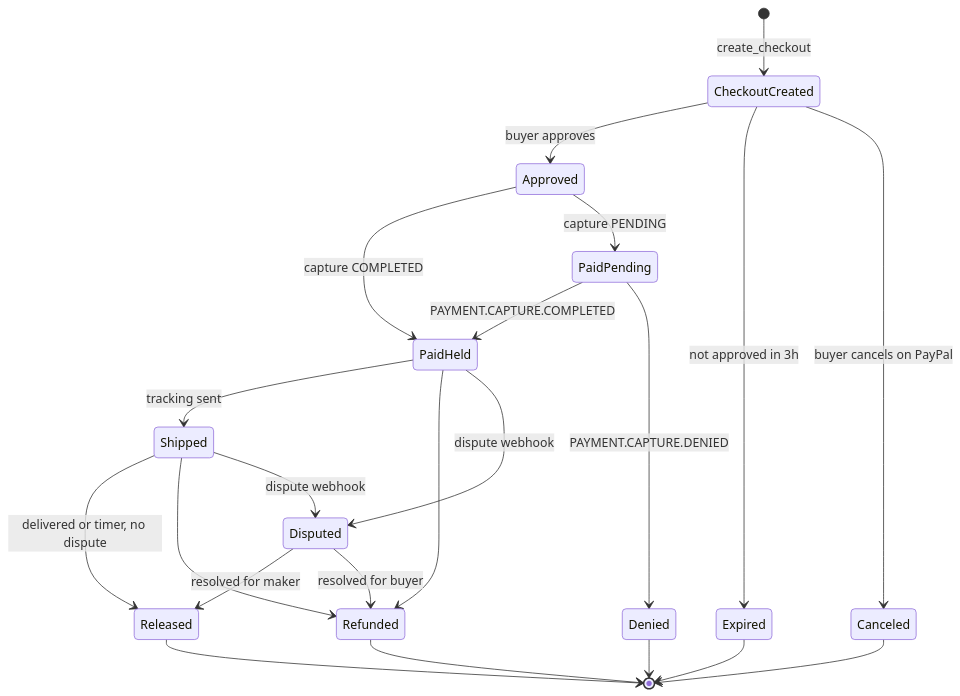
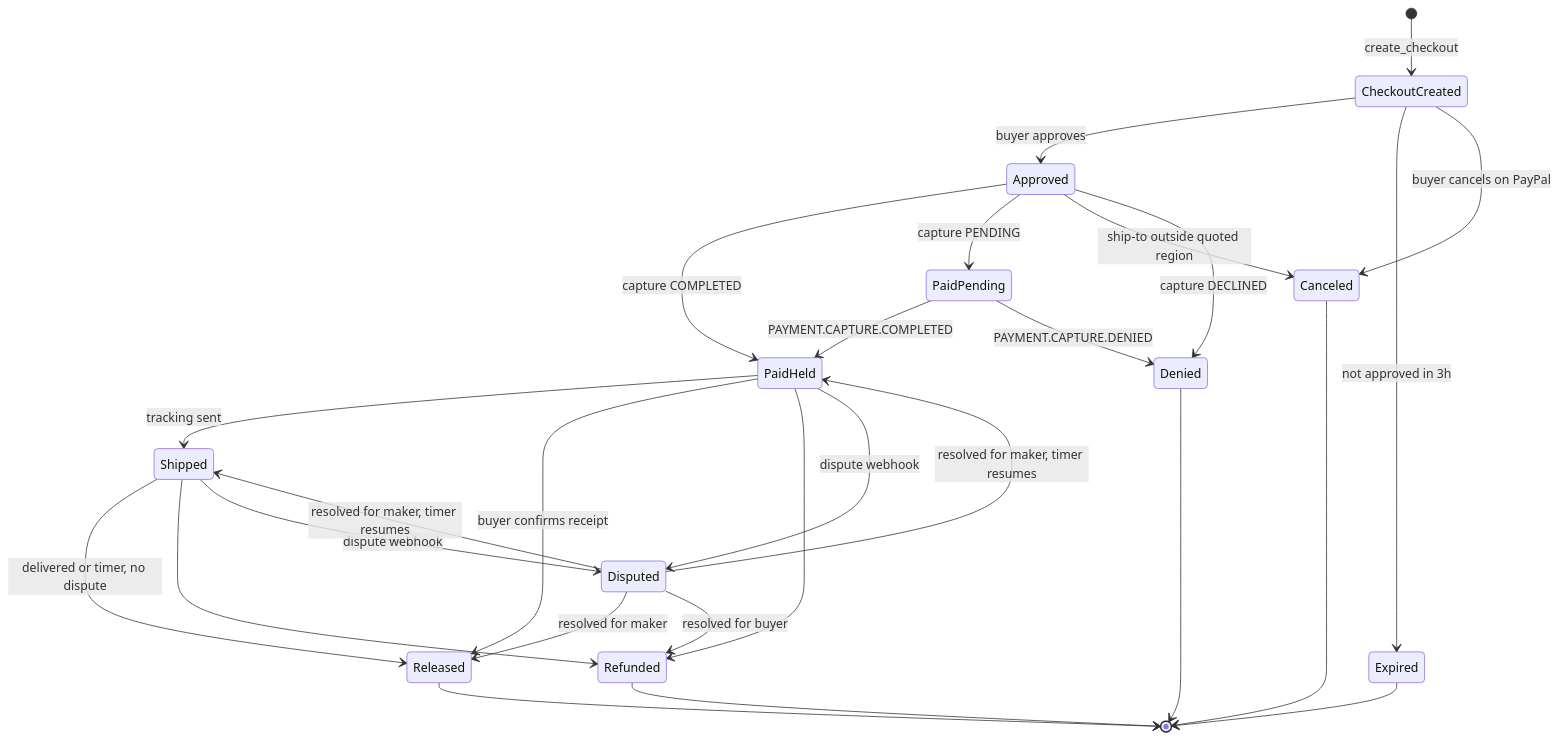
The ninth of 9 diagrams in docs/ARCHITECTURE.md (xeviert/counter-paypal-agent-commerce), drawn with Mermaid before and after one commit. The commit also changed other lines of this file and 25 other files, not shown here.

````diff
--- a/docs/ARCHITECTURE.md
+++ b/docs/ARCHITECTURE.md
@@ -367,24 +367,29 @@
 ```mermaid
 stateDiagram-v2
   [*] --> CheckoutCreated: create_checkout
   CheckoutCreated --> Approved: buyer approves
   CheckoutCreated --> Expired: not approved in 3h
   CheckoutCreated --> Canceled: buyer cancels on PayPal
   Approved --> PaidHeld: capture COMPLETED
   Approved --> PaidPending: capture PENDING
+  Approved --> Canceled: ship-to outside quoted region
+  Approved --> Denied: capture DECLINED
   PaidPending --> PaidHeld: PAYMENT.CAPTURE.COMPLETED
   PaidPending --> Denied: PAYMENT.CAPTURE.DENIED
   PaidHeld --> Shipped: tracking sent
+  PaidHeld --> Released: buyer confirms receipt
   Shipped --> Released: delivered or timer, no dispute
   PaidHeld --> Refunded
   Shipped --> Refunded
   PaidHeld --> Disputed: dispute webhook
   Shipped --> Disputed: dispute webhook
   Disputed --> Released: resolved for maker
+  Disputed --> PaidHeld: resolved for maker, timer resumes
+  Disputed --> Shipped: resolved for maker, timer resumes
   Disputed --> Refunded: resolved for buyer
   Released --> [*]
   Refunded --> [*]
   Expired --> [*]
   Canceled --> [*]
   Denied --> [*]
 ```
````
